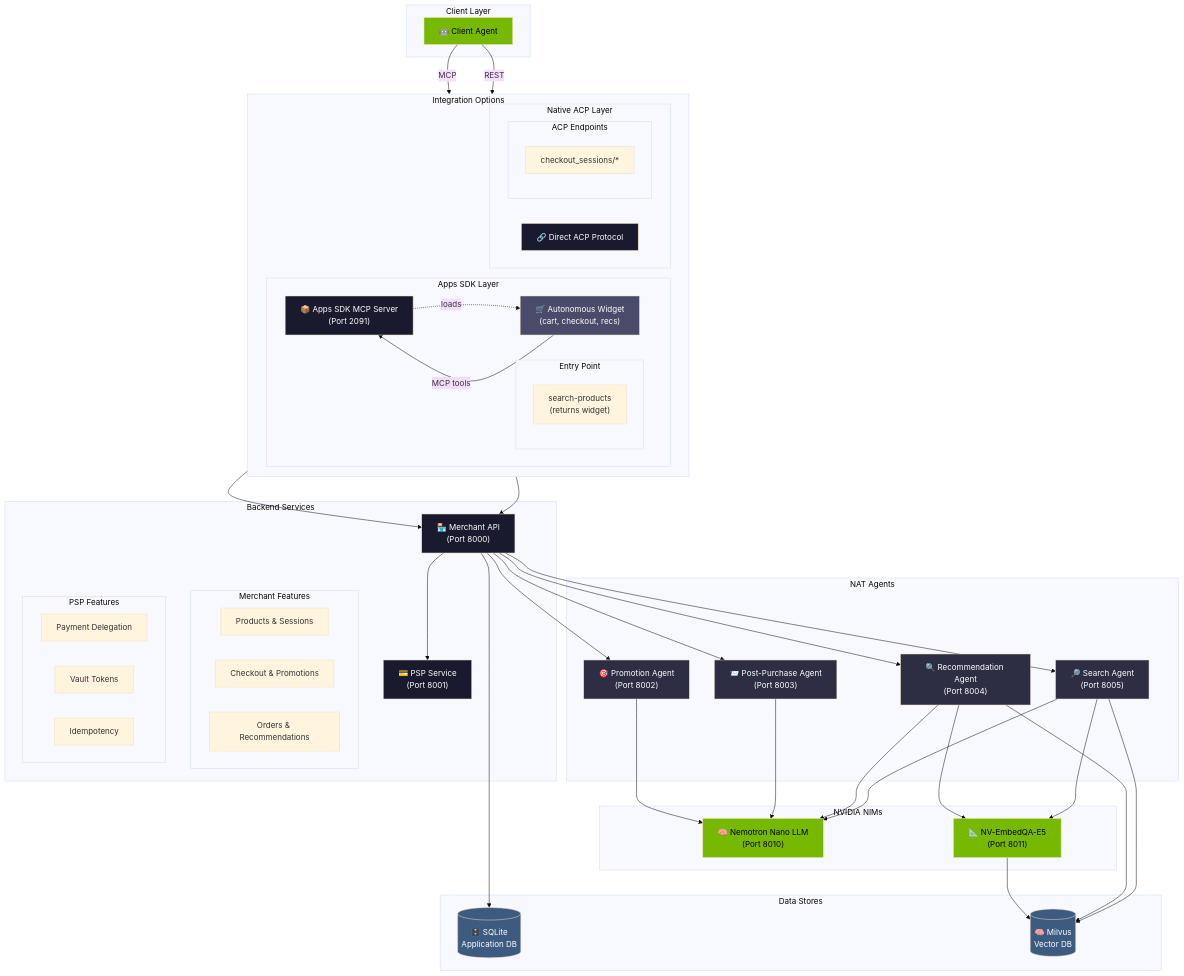
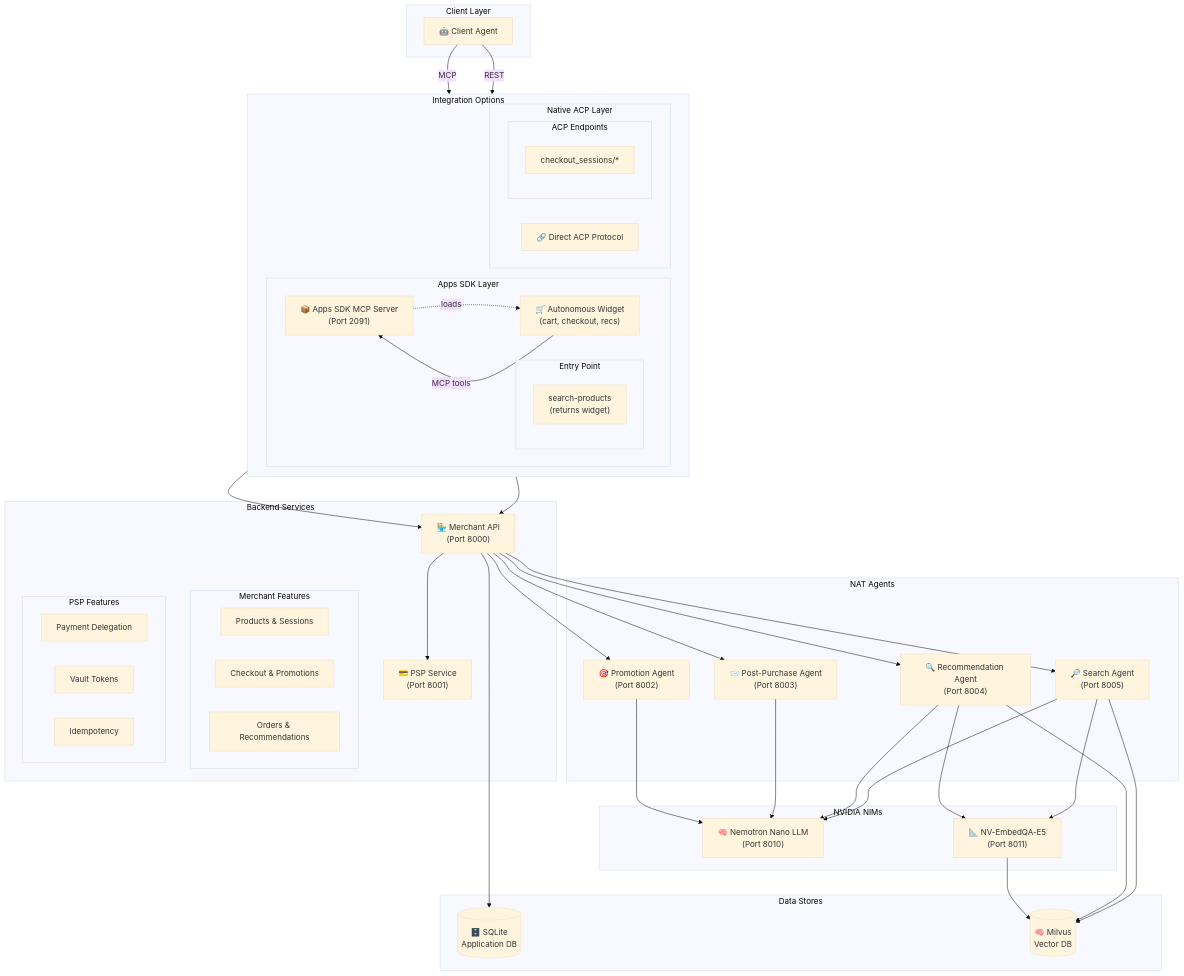
One commit to NVIDIA-AI-Blueprints/Retail-Agentic-Commerce changed the diagram in README.md. Above: the diagram before and after it, drawn with Mermaid (base theme). The commit also changed 1 other file, not shown here.

Commit message:
fix diagram style

````diff
--- a/README.md
+++ b/README.md
@@ -221,19 +221,4 @@
     EMBED --> MILVUS
     RECS --> MILVUS
     SEARCH --> MILVUS
-
-    style CA fill:#76b900,color:#000
-    style MCP fill:#1a1a2e,color:#fff
-    style WIDGET fill:#4a4a6a,color:#fff
-    style ACP fill:#1a1a2e,color:#fff
-    style MERCHANT fill:#1a1a2e,color:#fff
-    style PSP fill:#1a1a2e,color:#fff
-    style PROMO fill:#2d2d44,color:#fff
-    style POST fill:#2d2d44,color:#fff
-    style RECS fill:#2d2d44,color:#fff
-    style SEARCH fill:#2d2d44,color:#fff
-    style LLM fill:#76b900,color:#000
-    style EMBED fill:#76b900,color:#000
-    style SQLITE fill:#3d5a80,color:#fff
-    style MILVUS fill:#3d5a80,color:#fff
 ```
````
